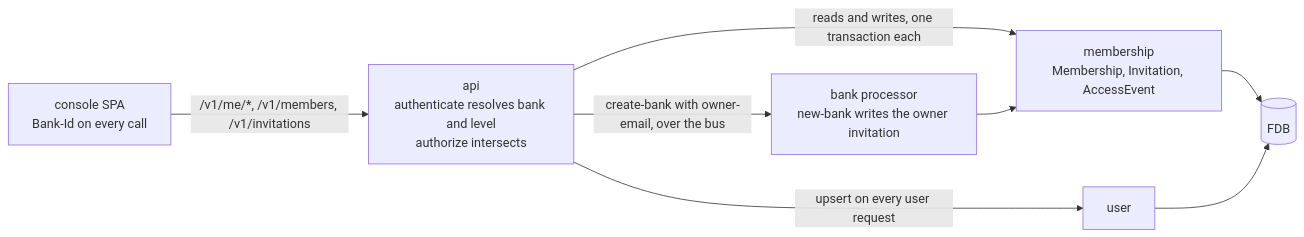
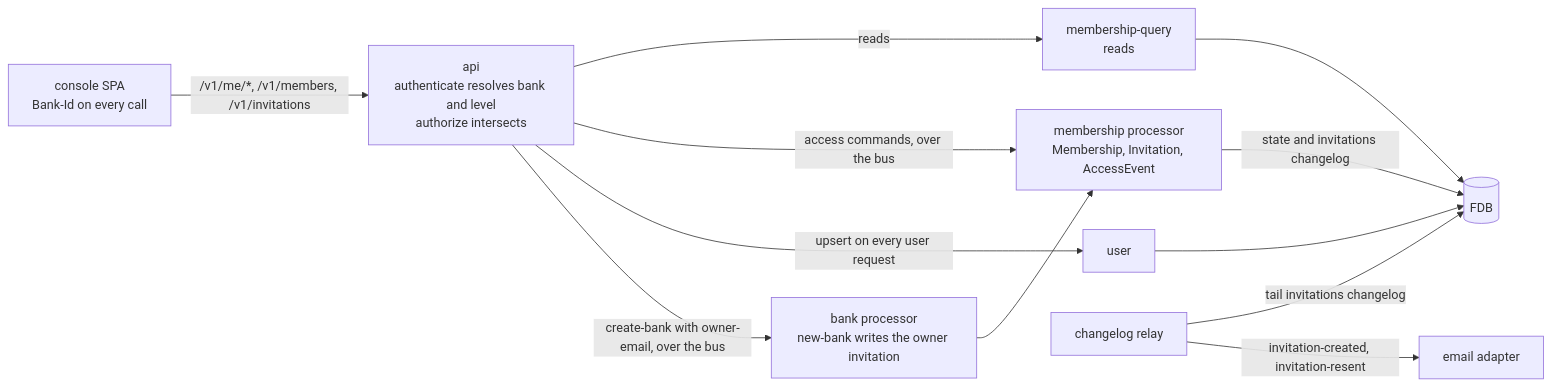
Before and after one commit to repldriven/queenswood: the diagram in docs/tdd/access.md, drawn with Mermaid. The commit also changed other lines of this file and 98 other files, not shown here.

````diff
--- a/docs/tdd/access.md
+++ b/docs/tdd/access.md
@@ -265,17 +316,24 @@
 ```mermaid
 graph LR
     SPA["console SPA<br/>Bank-Id on every call"]
     API["api<br/>authenticate resolves bank and level<br/>authorize intersects"]
-    BM["membership<br/>Membership, Invitation, AccessEvent"]
+    BQ["membership-query<br/>reads"]
+    BM["membership processor<br/>Membership, Invitation, AccessEvent"]
     BU["user"]
     BB["bank processor<br/>new-bank writes the owner invitation"]
+    RL["changelog relay"]
+    EM["email adapter"]
     FDB[("FDB")]
 
     SPA -->|"/v1/me/*, /v1/members, /v1/invitations"| API
-    API -->|"reads and writes, one transaction each"| BM
+    API -->|"reads"| BQ
+    API -->|"access commands, over the bus"| BM
     API -->|"upsert on every user request"| BU
     API -->|"create-bank with owner-email, over the bus"| BB
     BB --> BM
-    BM --> FDB
+    BM -->|"state and invitations changelog"| FDB
+    RL -->|"tail invitations changelog"| FDB
+    RL -->|"invitation-created, invitation-resent"| EM
+    BQ --> FDB
     BU --> FDB
 ```
````
